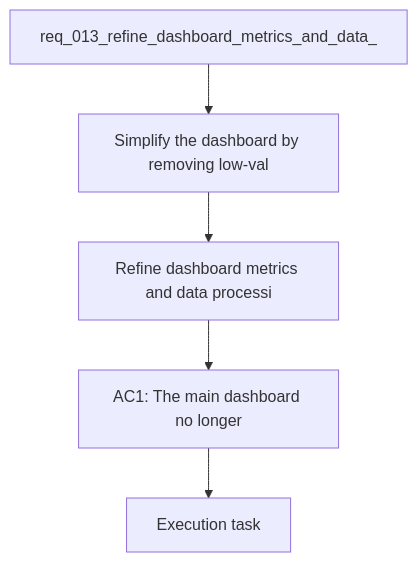
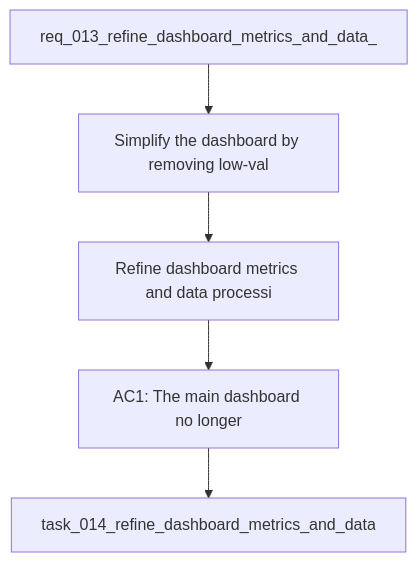
The diagram in logics/backlog/item_014_refine_dashboard_metrics_and_data_processing_for_pace_hr_cadence_coach_analytics.md (Jilanos/Coach_garmin), drawn with Mermaid before and after one commit. The commit also changed other lines of this file and 86 other files, not shown here.

Commit message:
Harden chart UX and UTF-8 handling

````diff
--- a/logics/backlog/item_014_refine_dashboard_metrics_and_data_processing_for_pace_hr_cadence_coach_analytics.md
+++ b/logics/backlog/item_014_refine_dashboard_metrics_and_data_processing_for_pace_hr_cadence_coach_analytics.md
@@ -31,9 +31,9 @@
 ```mermaid
 %% logics-kind: backlog
 %% logics-signature: backlog|refine-dashboard-metrics-and-data-proces|req-013-refine-dashboard-metrics-and-dat|simplify-the-dashboard-by-removing-low-v|ac1-the-main-dashboard-no-longer
 flowchart TD
     Request[req_013_refine_dashboard_metrics_and_data_] --> Problem[Simplify the dashboard by removing low-val]
     Problem --> Scope[Refine dashboard metrics and data processi]
     Scope --> Acceptance[AC1: The main dashboard no longer]
-    Acceptance --> Tasks[Execution task]
+    Acceptance --> Tasks[task_014_refine_dashboard_metrics_and_data]
 ```
````
